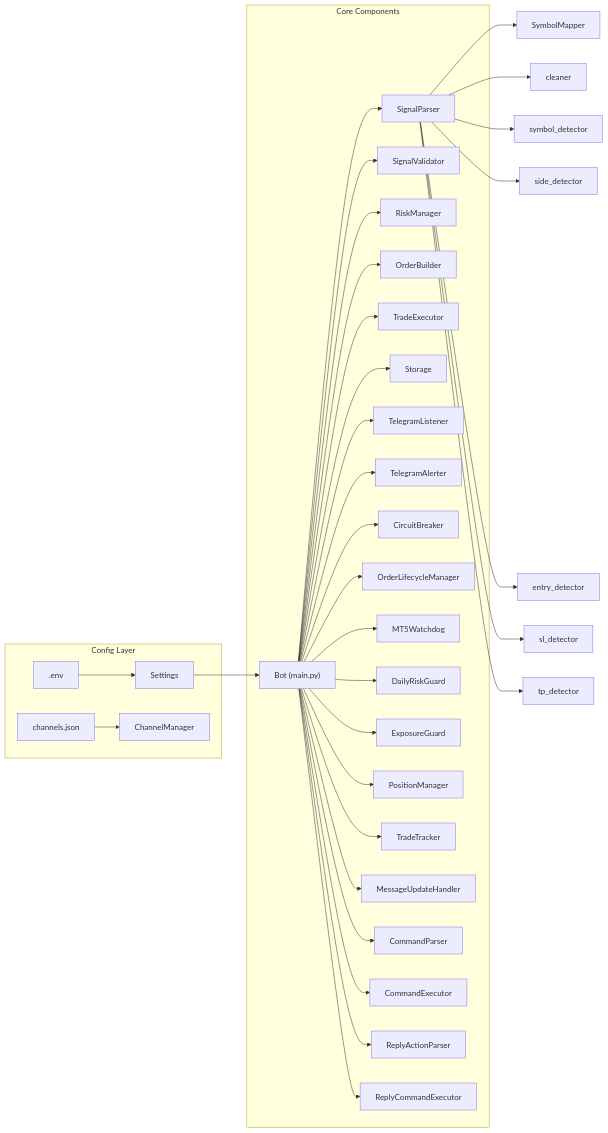
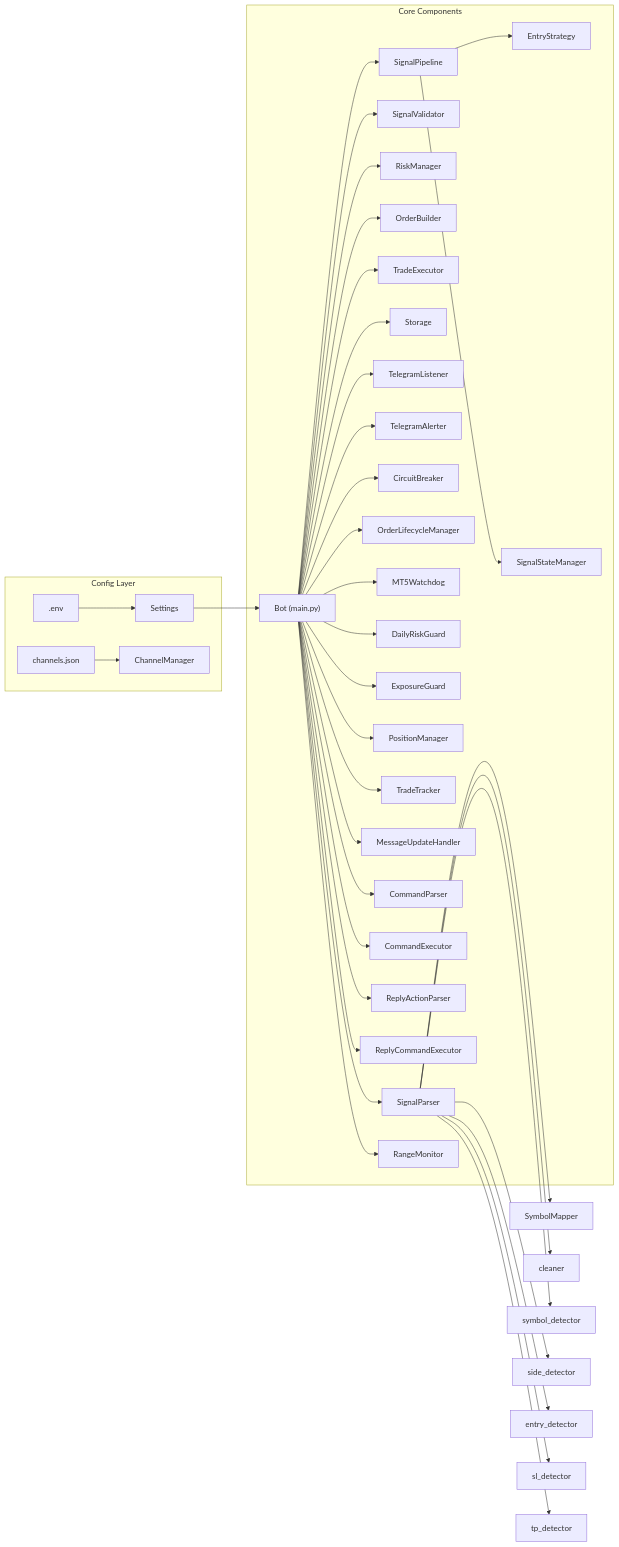
Before and after one commit to johnsmithvn/New_BOT_FX: the fourth of 4 diagrams in docs/walkthrough.md, drawn with Mermaid. The commit also changed other lines of this file and 24 other files, not shown here.

Commit message:
feat: Implement multi-order signal pipeline with new core modules, integrating it into main execution and adding comprehensive documentation.

````diff
--- a/docs/walkthrough.md
+++ b/docs/walkthrough.md
@@ -286,39 +298,43 @@
 ```mermaid
 graph LR
     subgraph "Config Layer"
         ENV[".env"] --> SETTINGS["Settings"]
         CJ["channels.json"] --> CM["ChannelManager"]
     end
 
     subgraph "Core Components"
         SETTINGS --> BOT["Bot (main.py)"]
         BOT --> SP["SignalParser"]
         BOT --> SV["SignalValidator"]
         BOT --> RM["RiskManager"]
         BOT --> OB["OrderBuilder"]
         BOT --> TE["TradeExecutor"]
         BOT --> ST["Storage"]
         BOT --> TL["TelegramListener"]
         BOT --> TA["TelegramAlerter"]
         BOT --> CB["CircuitBreaker"]
         BOT --> LM["OrderLifecycleManager"]
         BOT --> WD["MT5Watchdog"]
         BOT --> DRG["DailyRiskGuard"]
         BOT --> EG["ExposureGuard"]
         BOT --> PM["PositionManager"]
         BOT --> TT["TradeTracker"]
         BOT --> MUH["MessageUpdateHandler"]
         BOT --> CP["CommandParser"]
         BOT --> CE["CommandExecutor"]
         BOT --> RAP["ReplyActionParser"]
         BOT --> RCE["ReplyCommandExecutor"]
+        BOT --> SPLL["SignalPipeline"]
+        BOT --> RMNN["RangeMonitor"]
+        SPLL --> ESS["EntryStrategy"]
+        SPLL --> SSMM["SignalStateManager"]
     end
 
     SP --> SM["SymbolMapper"]
     SP --> CL["cleaner"]
     SP --> SYD["symbol_detector"]
     SP --> SID["side_detector"]
     SP --> ED["entry_detector"]
     SP --> SLD["sl_detector"]
     SP --> TPD["tp_detector"]
 ```
````
